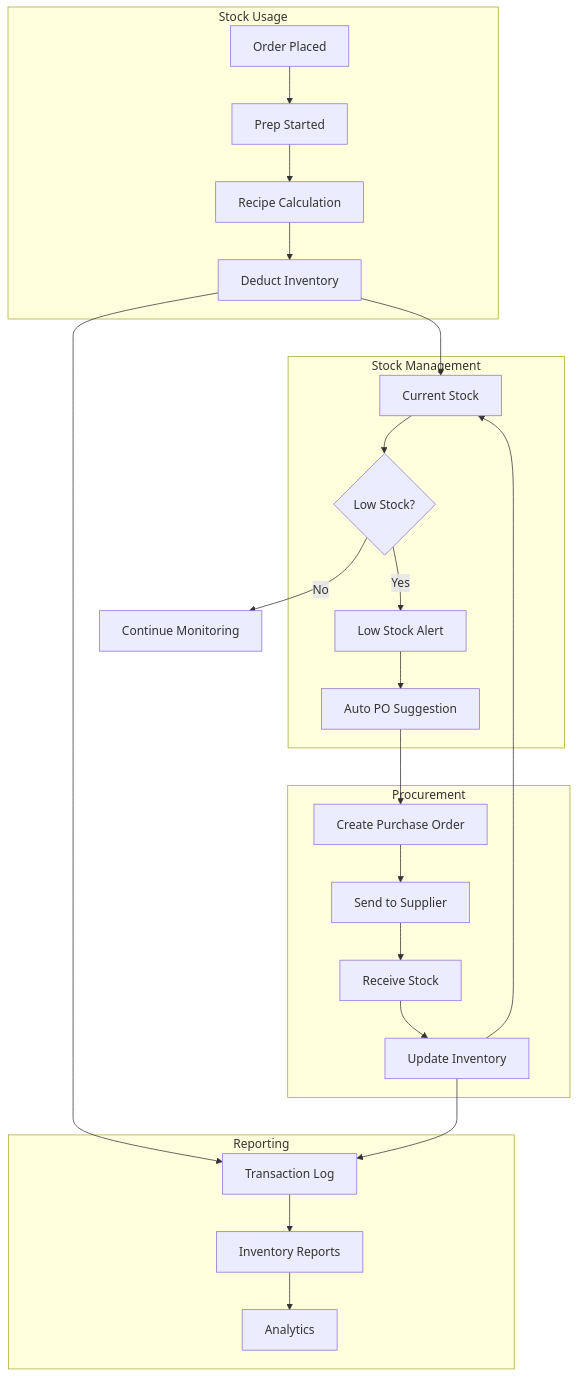
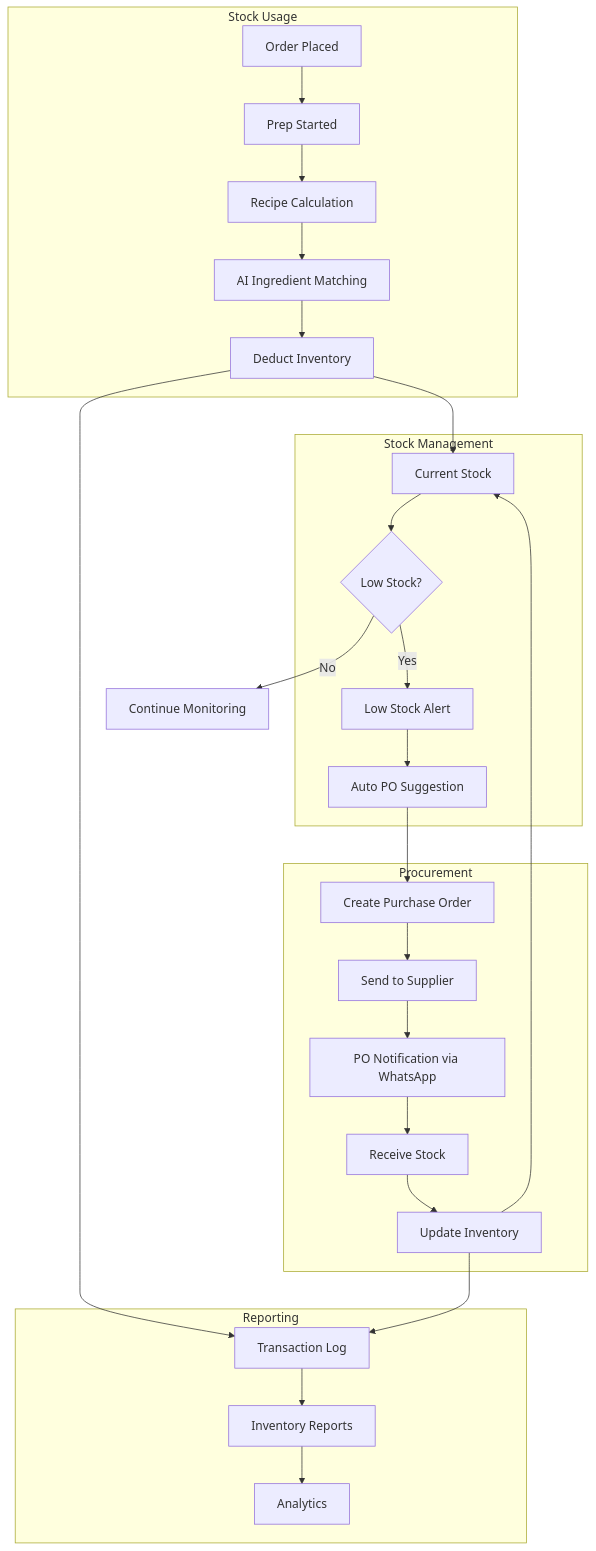
Diagram 12 of 26 in docs/ARCHITECTURE_DEV.md (sudipjangam/tasty-bite-harbor), drawn with Mermaid before and after one commit. The commit also changed other lines of this file and 6 other files, not shown here.

Commit message:
feat: Add comprehensive platform user guide, architecture documentation, and an About section component, alongside dependency updates.

````diff
--- a/docs/ARCHITECTURE_DEV.md
+++ b/docs/ARCHITECTURE_DEV.md
@@ -545,49 +773,53 @@
 ```mermaid
 flowchart TD
     subgraph Stock["Stock Management"]
         CurrentStock[Current Stock]
         LowStock{Low Stock?}
         Alert[Low Stock Alert]
         AutoPO[Auto PO Suggestion]
     end
     
     subgraph Procurement["Procurement"]
         CreatePO[Create Purchase Order]
         SendPO[Send to Supplier]
+        PONotify[PO Notification via WhatsApp]
         ReceiveStock[Receive Stock]
         UpdateInventory[Update Inventory]
     end
     
     subgraph Usage["Stock Usage"]
         OrderPlaced[Order Placed]
         PrepStarted[Prep Started]
         DeductStock[Deduct Inventory]
         RecipeCalc[Recipe Calculation]
+        AIIngredient[AI Ingredient Matching]
     end
     
     subgraph Reporting["Reporting"]
         Transactions[Transaction Log]
         Reports[Inventory Reports]
         Analytics[Analytics]
     end
     
     CurrentStock --> LowStock
     LowStock -->|Yes| Alert
     LowStock -->|No| Monitor[Continue Monitoring]
     Alert --> AutoPO
     AutoPO --> CreatePO
     CreatePO --> SendPO
-    SendPO --> ReceiveStock
+    SendPO --> PONotify
+    PONotify --> ReceiveStock
     ReceiveStock --> UpdateInventory
     UpdateInventory --> CurrentStock
     
     OrderPlaced --> PrepStarted
     PrepStarted --> RecipeCalc
-    RecipeCalc --> DeductStock
+    RecipeCalc --> AIIngredient
+    AIIngredient --> DeductStock
     DeductStock --> CurrentStock
     
     DeductStock --> Transactions
     UpdateInventory --> Transactions
     Transactions --> Reports
     Reports --> Analytics
 ```
````
